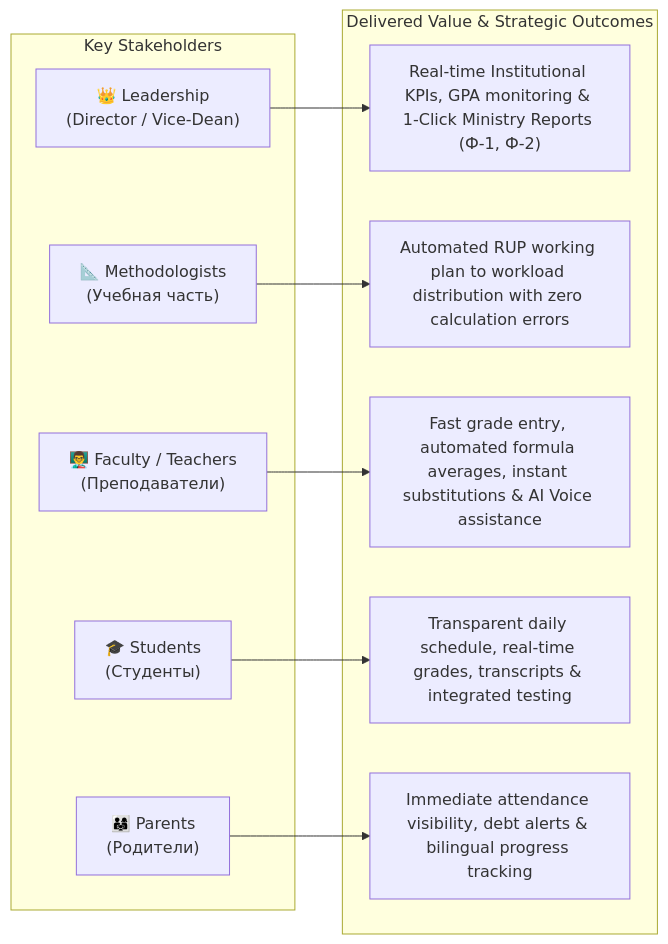
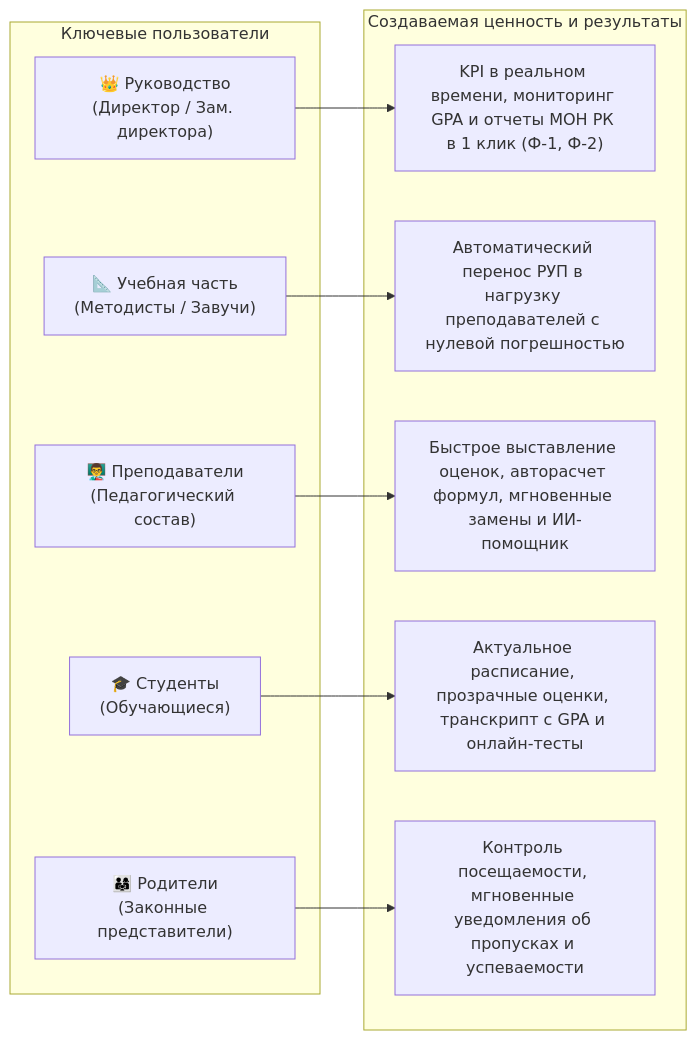
The fourth of 5 diagrams in docs/PRODUCT_ROADMAP.md (mars-edu/mars-2.0), drawn with Mermaid before and after one commit. The commit also changed other lines of this file, not shown here.

Commit message:
docs: translate product roadmap & mermaid diagrams to russian

````diff
--- a/docs/PRODUCT_ROADMAP.md
+++ b/docs/PRODUCT_ROADMAP.md
@@ -183,24 +183,24 @@
 ```mermaid
 flowchart LR
-    subgraph Personas["Key Stakeholders"]
-        P1["👑 Leadership<br/>(Director / Vice-Dean)"]
-        P2["📐 Methodologists<br/>(Учебная часть)"]
-        P3["👨‍🏫 Faculty / Teachers<br/>(Преподаватели)"]
-        P4["🎓 Students<br/>(Студенты)"]
-        P5["👨‍👩‍👧 Parents<br/>(Родители)"]
+    subgraph Personas["Ключевые пользователи"]
+        P1["👑 Руководство<br/>(Директор / Зам. директора)"]
+        P2["📐 Учебная часть<br/>(Методисты / Завучи)"]
+        P3["👨‍🏫 Преподаватели<br/>(Педагогический состав)"]
+        P4["🎓 Студенты<br/>(Обучающиеся)"]
+        P5["👨‍👩‍👧 Родители<br/>(Законные представители)"]
     end
 
-    subgraph Outcomes["Delivered Value & Strategic Outcomes"]
-        O1["Real-time Institutional KPIs, GPA monitoring & 1-Click Ministry Reports (Ф-1, Ф-2)"]
-        O2["Automated RUP working plan to workload distribution with zero calculation errors"]
-        O3["Fast grade entry, automated formula averages, instant substitutions & AI Voice assistance"]
-        O4["Transparent daily schedule, real-time grades, transcripts & integrated testing"]
-        O5["Immediate attendance visibility, debt alerts & bilingual progress tracking"]
+    subgraph Outcomes["Создаваемая ценность и результаты"]
+        O1["KPI в реальном времени, мониторинг GPA и отчеты МОН РК в 1 клик (Ф-1, Ф-2)"]
+        O2["Автоматический перенос РУП в нагрузку преподавателей с нулевой погрешностью"]
+        O3["Быстрое выставление оценок, авторасчет формул, мгновенные замены и ИИ-помощник"]
+        O4["Актуальное расписание, прозрачные оценки, транскрипт с GPA и онлайн-тесты"]
+        O5["Контроль посещаемости, мгновенные уведомления об пропусках и успеваемости"]
     end
 
     P1 --> O1
     P2 --> O2
     P3 --> O3
     P4 --> O4
     P5 --> O5
 ```
````
